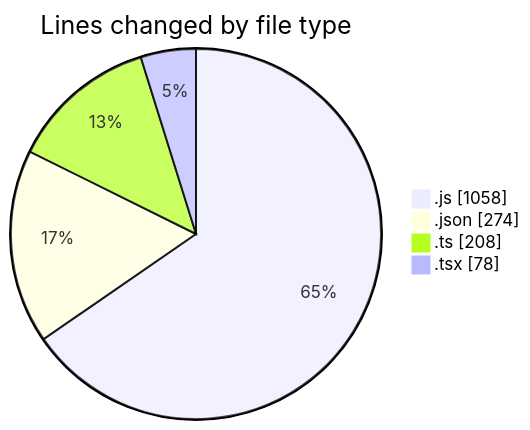
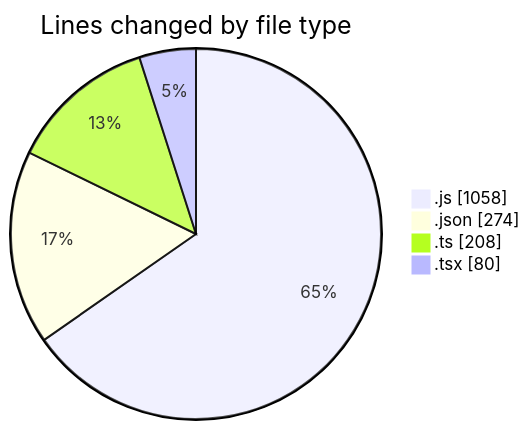
Before and after one commit to momahboobian/code-tracking: the first of 2 diagrams in 2026-04-07/cda/README.md, drawn with Mermaid. The commit also changed other lines of this file and 1 other file, not shown here.

````diff
--- a/2026-04-07/cda/README.md
+++ b/2026-04-07/cda/README.md
@@ -28,8 +28,8 @@
 ```mermaid
 pie showData
 title Lines changed by file type
 ".js" : 1058
 ".json" : 274
 ".ts" : 208
-".tsx" : 78
+".tsx" : 80
 ```
````
